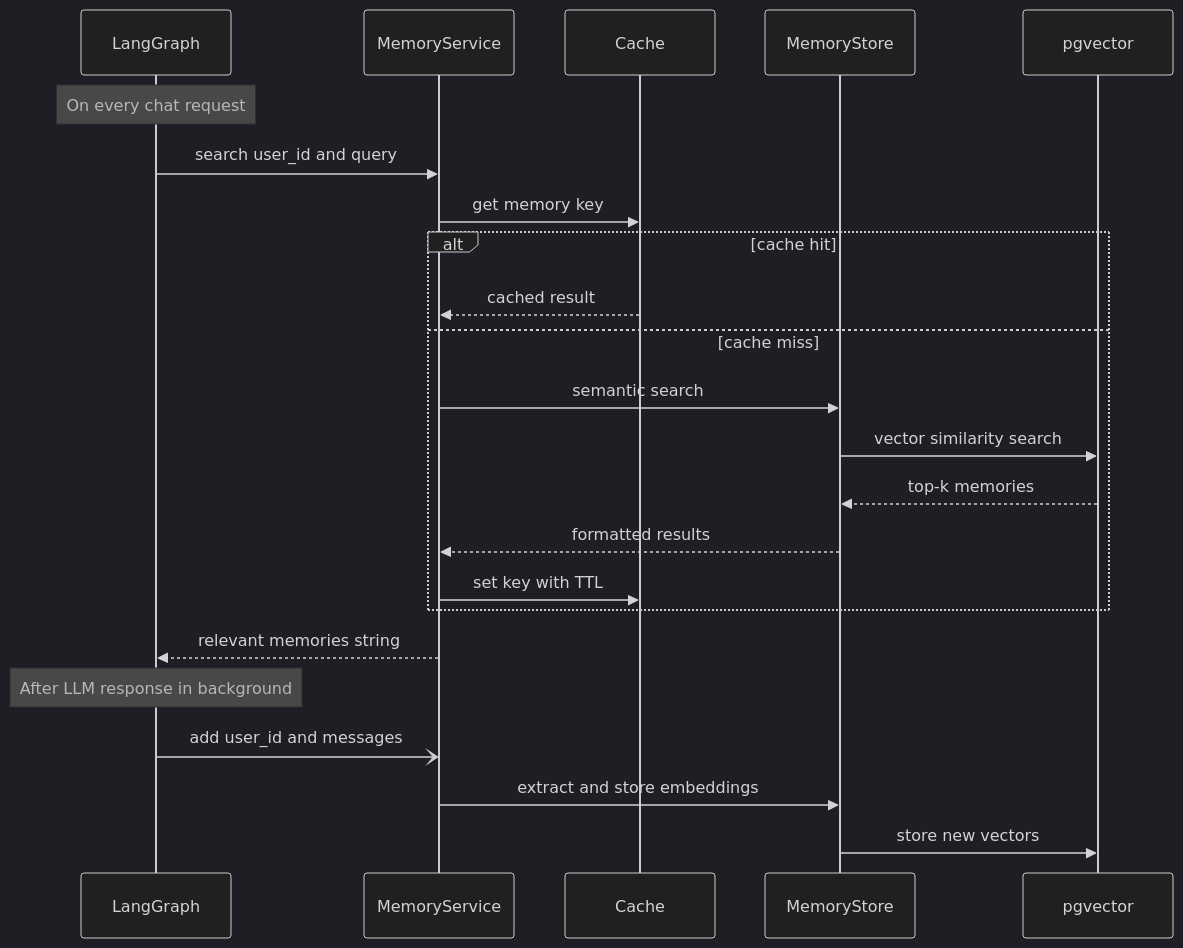
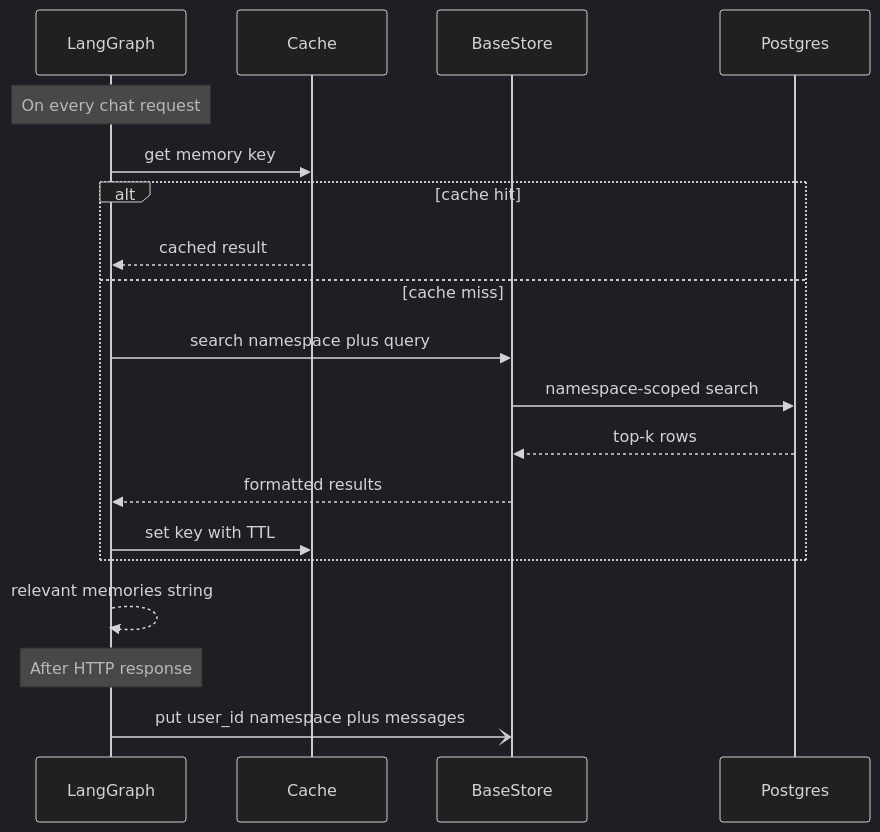
One commit to dinoesau/langgraph-template changed the diagram in docs/memory.md. Above: the diagram before and after it, drawn with Mermaid (dark theme). The commit also changed other lines of this file and 4 other files, not shown here.

Commit message:
docs(memory): record BaseStore design and deferred index work

````diff
--- a/docs/memory.md
+++ b/docs/memory.md
@@ -29,27 +31,23 @@
 ```mermaid
 sequenceDiagram
     participant G as LangGraph
-    participant MS as MemoryService
     participant Cache as Cache
-    participant M as MemoryStore
-    participant PG as pgvector
+    participant S as BaseStore
+    participant PG as Postgres
 
     Note over G: On every chat request
-    G->>MS: search user_id and query
-    MS->>Cache: get memory key
+    G->>Cache: get memory key
     alt cache hit
-        Cache-->>MS: cached result
+        Cache-->>G: cached result
     else cache miss
-        MS->>M: semantic search
-        M->>PG: vector similarity search
-        PG-->>M: top-k memories
-        M-->>MS: formatted results
-        MS->>Cache: set key with TTL
+        G->>S: search namespace plus query
+        S->>PG: namespace-scoped search
+        PG-->>S: top-k rows
+        S-->>G: formatted results
+        G->>Cache: set key with TTL
     end
-    MS-->>G: relevant memories string
+    G-->>G: relevant memories string
 
-    Note over G: After LLM response in background
-    G-)MS: add user_id and messages
-    MS->>M: extract and store embeddings
-    M->>PG: store new vectors
+    Note over G: After HTTP response
+    G-)S: put user_id namespace plus messages
 ```
````
